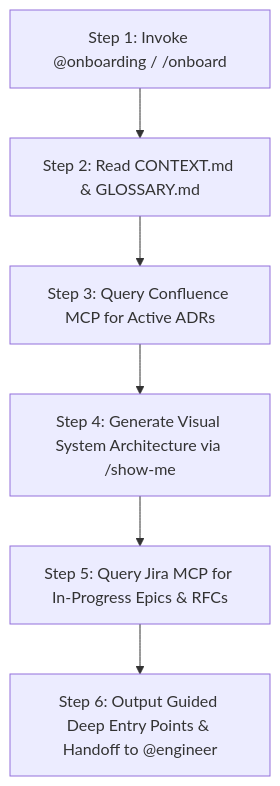
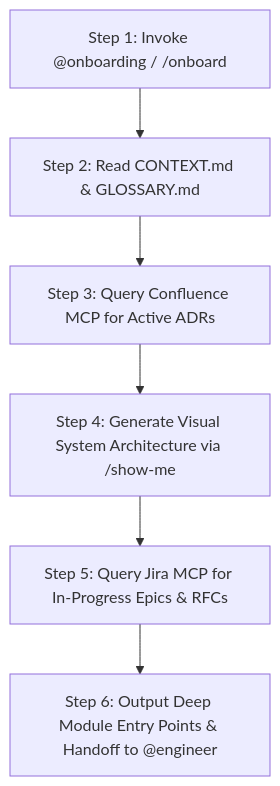
The second of 6 diagrams in README.md (bpoti001/software-factory), drawn with Mermaid before and after one commit. The commit also changed other lines of this file and 6 other files, not shown here.

````diff
--- a/README.md
+++ b/README.md
@@ -99,8 +153,8 @@
 ```mermaid
 flowchart TD
     S1["Step 1: Invoke @onboarding / /onboard"] --> S2["Step 2: Read CONTEXT.md & GLOSSARY.md"]
     S2 --> S3["Step 3: Query Confluence MCP for Active ADRs"]
     S3 --> S4["Step 4: Generate Visual System Architecture via /show-me"]
     S4 --> S5["Step 5: Query Jira MCP for In-Progress Epics & RFCs"]
-    S5 --> S6["Step 6: Output Guided Deep Entry Points & Handoff to @engineer"]
+    S5 --> S6["Step 6: Output Deep Module Entry Points & Handoff to @engineer"]
 ```
````
